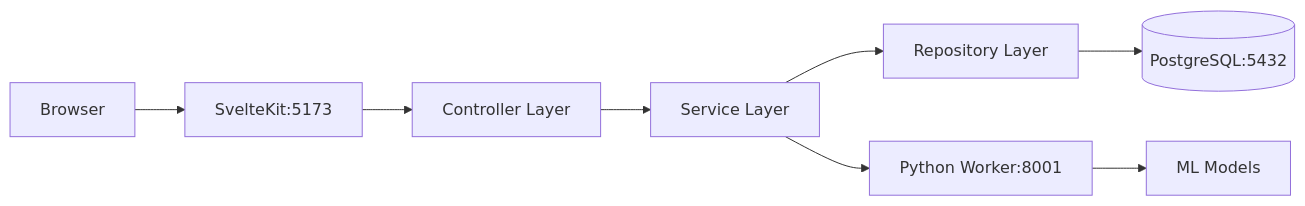
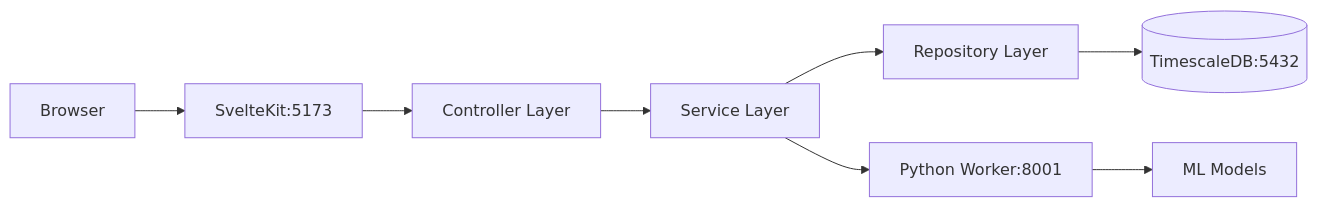
Before and after one commit to p-vbordei/solar-forecast: the diagram in SYSTEM_STATUS.md, drawn with Mermaid. The commit also changed other lines of this file and 31 other files, not shown here.

````diff
--- a/SYSTEM_STATUS.md
+++ b/SYSTEM_STATUS.md
@@ -89,10 +89,10 @@
 ```mermaid
 graph LR
     Client[Browser] --> SK[SvelteKit:5173]
     SK --> Controller[Controller Layer]
     Controller --> Service[Service Layer]
     Service --> Repository[Repository Layer]
-    Repository --> DB[(PostgreSQL:5432)]
+    Repository --> DB[(TimescaleDB:5432)]
     Service --> PW[Python Worker:8001]
     PW --> ML[ML Models]
 ```
````
